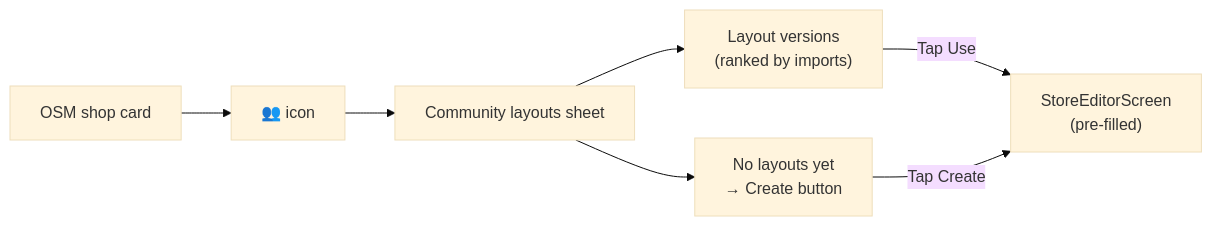
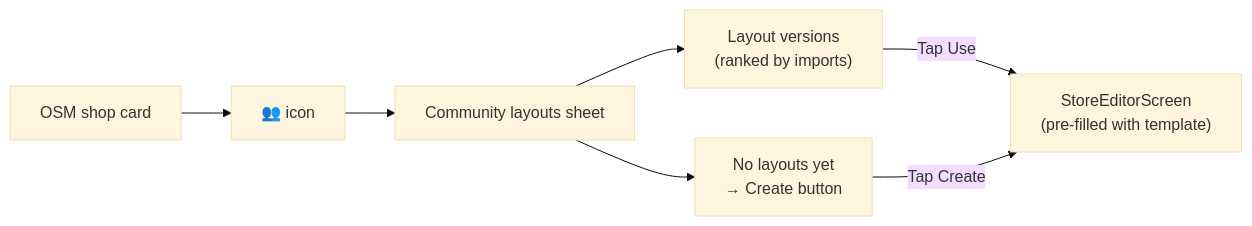
Before and after one commit to danile42/fairelescourses: the sixth of 10 diagrams in docs/user-guide.md, drawn with Mermaid (base theme). The commit also changed other lines of this file and 13 other files, not shown here.

````diff
--- a/docs/user-guide.md
+++ b/docs/user-guide.md
@@ -305,9 +302,9 @@
 ```mermaid
 flowchart LR
     OSMCard["OSM shop card"] --> Icon["👥 icon"]
     Icon --> Sheet["Community layouts sheet"]
     Sheet --> Versions["Layout versions\n(ranked by imports)"]
     Sheet --> Empty["No layouts yet\n→ Create button"]
-    Versions -->|"Tap Use"| Editor["StoreEditorScreen\n(pre-filled)"]
+    Versions -->|"Tap Use"| Editor["StoreEditorScreen\n(pre-filled with template)"]
     Empty -->|"Tap Create"| Editor
 ```
````
